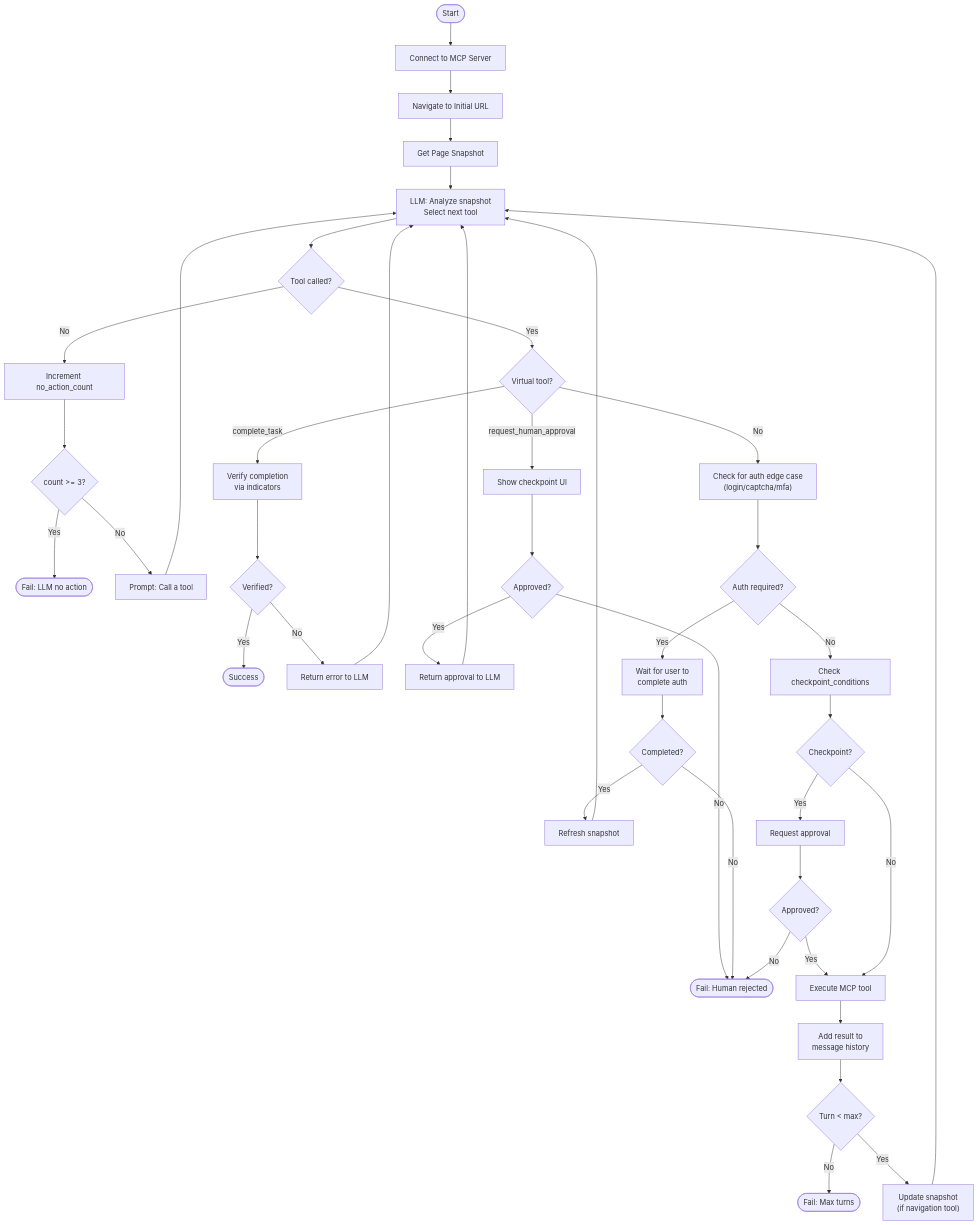
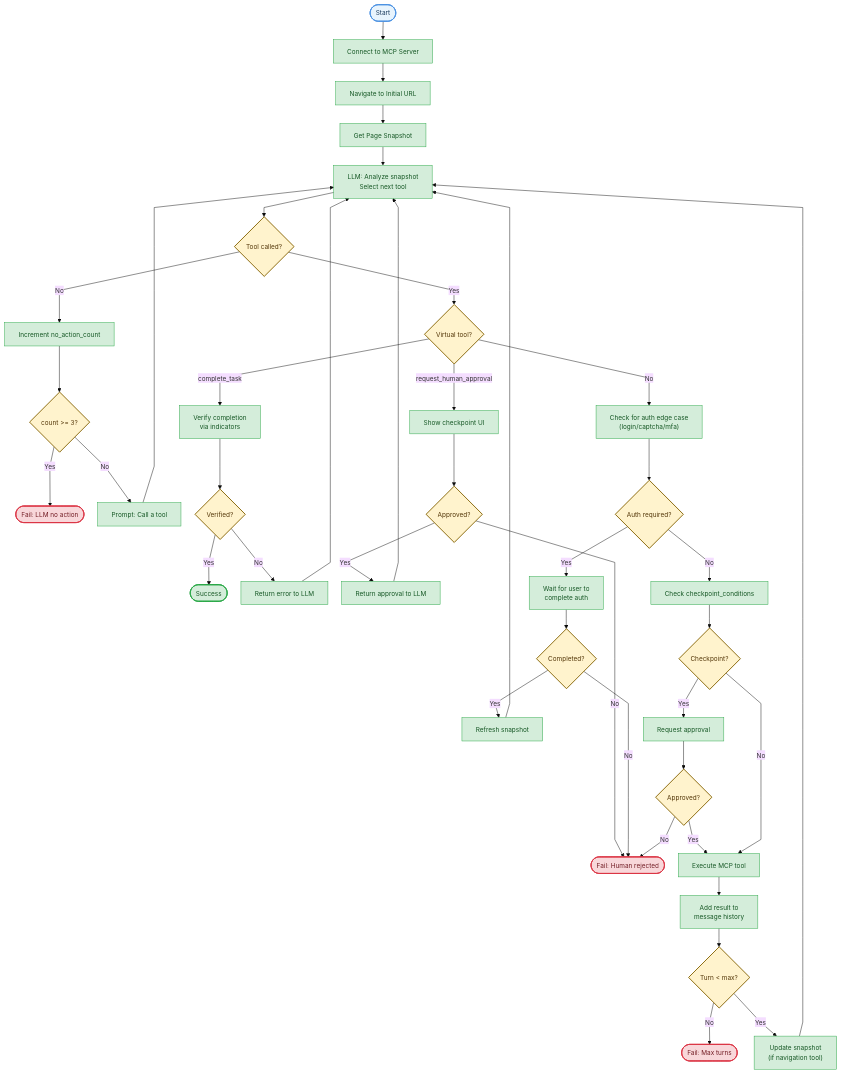
One commit to clthuang/vici_assessment changed the second of 5 diagrams in docs/architecture.md. Above: the diagram before and after it, drawn with Mermaid. The commit also changed other lines of this file and 31 other files, not shown here.

````diff
--- a/docs/architecture.md
+++ b/docs/architecture.md
@@ -67,55 +105,68 @@
 ```mermaid
+%%{init: {'theme': 'base', 'themeVariables': {'fontFamily': 'Trebuchet MS, Verdana, Arial, Sans-Serif', 'fontSize': '14px'}, 'flowchart': {'curve': 'linear', 'nodeSpacing': 30, 'rankSpacing': 40}}}%%
 flowchart TD
     Start([Start]) --> Connect["Connect to MCP Server"]
     Connect --> Navigate["Navigate to Initial URL"]
     Navigate --> Snapshot["Get Page Snapshot"]
 
     Snapshot --> LLM["LLM: Analyze snapshot<br/>Select next tool"]
 
     LLM --> ToolCheck{Tool called?}
 
     ToolCheck -->|No| NoActionCount["Increment no_action_count"]
     NoActionCount --> MaxNoAction{count >= 3?}
     MaxNoAction -->|Yes| FailNoAction([Fail: LLM no action])
     MaxNoAction -->|No| PromptLLM["Prompt: Call a tool"]
     PromptLLM --> LLM
 
     ToolCheck -->|Yes| VirtualCheck{Virtual tool?}
 
     VirtualCheck -->|complete_task| Verify["Verify completion<br/>via indicators"]
     Verify --> VerifyOK{Verified?}
     VerifyOK -->|Yes| Success([Success])
     VerifyOK -->|No| RetryVerify["Return error to LLM"]
     RetryVerify --> LLM
 
     VirtualCheck -->|request_human_approval| HumanApproval["Show checkpoint UI"]
     HumanApproval --> Approved{Approved?}
     Approved -->|No| Rejected([Fail: Human rejected])
     Approved -->|Yes| ContinueApproval["Return approval to LLM"]
     ContinueApproval --> LLM
 
     VirtualCheck -->|No| AuthCheck["Check for auth edge case<br/>(login/captcha/mfa)"]
 
     AuthCheck --> IsAuth{Auth required?}
     IsAuth -->|Yes| WaitAuth["Wait for user to<br/>complete auth"]
     WaitAuth --> AuthDone{Completed?}
     AuthDone -->|No| Rejected
     AuthDone -->|Yes| RefreshSnapshot["Refresh snapshot"]
     RefreshSnapshot --> LLM
 
     IsAuth -->|No| CheckpointCheck["Check checkpoint_conditions"]
 
     CheckpointCheck --> NeedsCheckpoint{Checkpoint?}
     NeedsCheckpoint -->|Yes| RequestApproval["Request approval"]
     RequestApproval --> ApprovedCP{Approved?}
     ApprovedCP -->|No| Rejected
     ApprovedCP -->|Yes| Execute
 
     NeedsCheckpoint -->|No| Execute["Execute MCP tool"]
 
     Execute --> UpdateMessages["Add result to<br/>message history"]
     UpdateMessages --> TurnCheck{Turn < max?}
     TurnCheck -->|No| MaxTurns([Fail: Max turns])
     TurnCheck -->|Yes| UpdateSnapshot["Update snapshot<br/>(if navigation tool)"]
     UpdateSnapshot --> LLM
+
+    classDef startEnd fill:#E8F4FD,stroke:#4A90E2,stroke-width:2px,color:#1a3a5c
+    classDef process fill:#D4EDDA,stroke:#28a745,stroke-width:1px,color:#155724
+    classDef decision fill:#FFF3CD,stroke:#856404,stroke-width:2px,color:#533608
+    classDef success fill:#D4EDDA,stroke:#28a745,stroke-width:2px,color:#155724
+    classDef failure fill:#F8D7DA,stroke:#dc3545,stroke-width:2px,color:#721c24
+
+    class Start startEnd
+    class Connect,Navigate,Snapshot,LLM,NoActionCount,PromptLLM,Verify,RetryVerify,HumanApproval,ContinueApproval,AuthCheck,WaitAuth,RefreshSnapshot,CheckpointCheck,RequestApproval,Execute,UpdateMessages,UpdateSnapshot process
+    class ToolCheck,MaxNoAction,VirtualCheck,VerifyOK,Approved,IsAuth,AuthDone,NeedsCheckpoint,ApprovedCP,TurnCheck decision
+    class Success success
+    class FailNoAction,Rejected,MaxTurns failure
 ```
````
